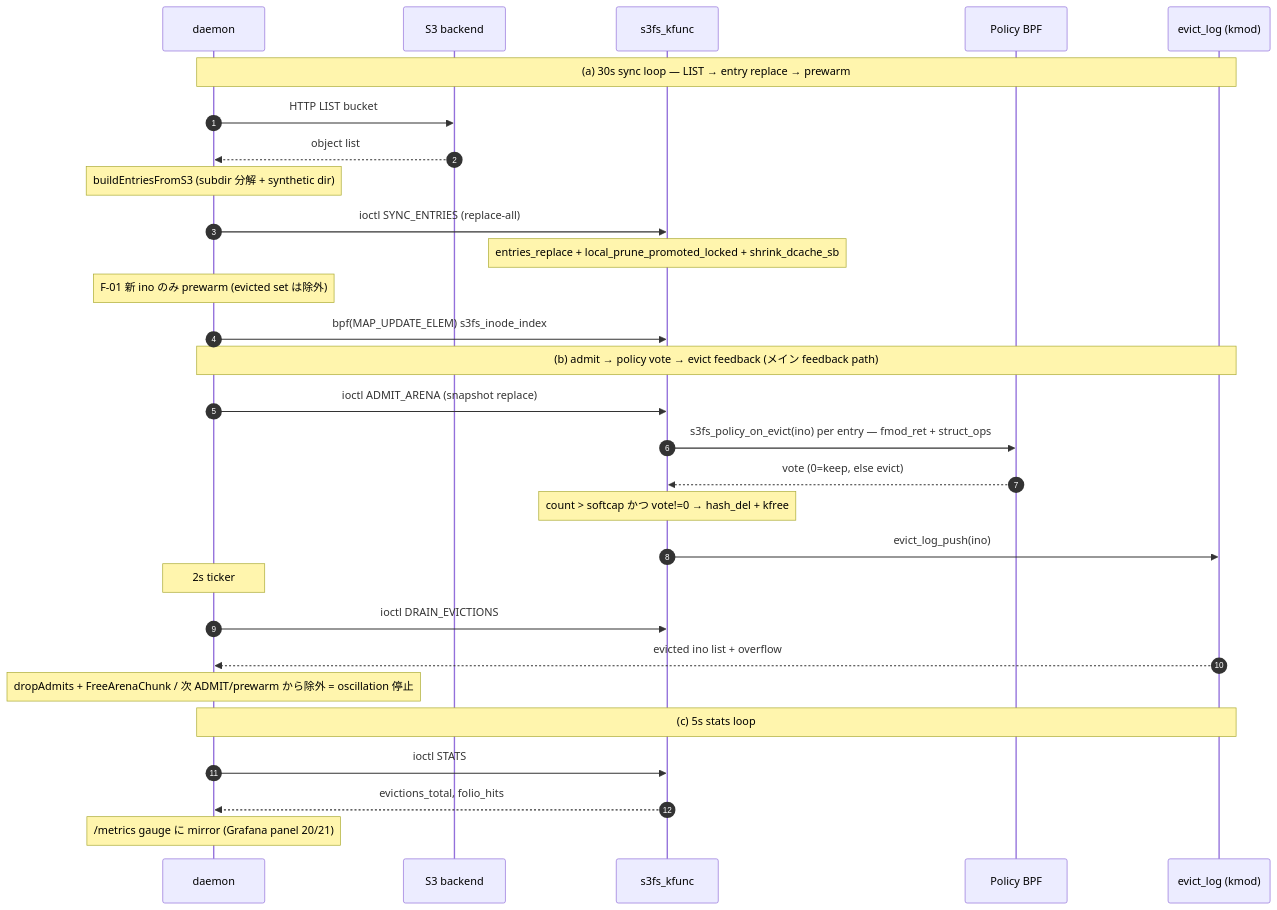
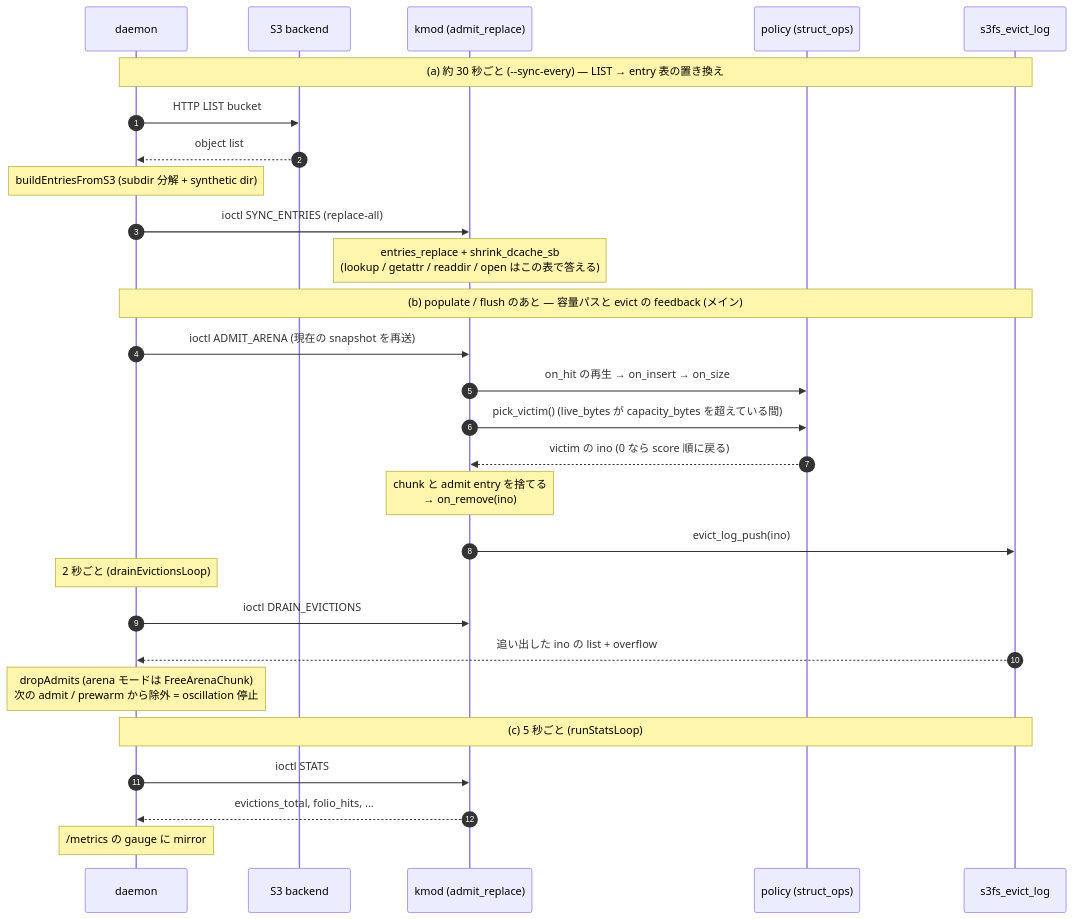
Before and after one commit to masu-mi/s3fs-ebpf: the fifth of 5 diagrams in docs/design/component-communication.md, drawn with Mermaid. The commit also changed other lines of this file, not shown here.

Commit message:
docs: align component-communication (read miss, flush, evict feedback) with the current pcache-mode code

````diff
--- a/docs/design/component-communication.md
+++ b/docs/design/component-communication.md
@@ -339,34 +356,33 @@
 ```mermaid
 sequenceDiagram
     autonumber
     participant Daemon as daemon
     participant S3 as S3 backend
-    participant Kmod as s3fs_kfunc
-    participant Pol as Policy BPF
-    participant Log as evict_log (kmod)
+    participant Kmod as kmod (admit_replace)
+    participant Pol as policy (struct_ops)
+    participant Log as s3fs_evict_log
 
-    Note over Daemon,Log: (a) 30s sync loop — LIST → entry replace → prewarm
+    Note over Daemon,Log: (a) 約 30 秒ごと (--sync-every) — LIST → entry 表の置き換え
     Daemon->>S3: HTTP LIST bucket
     S3-->>Daemon: object list
     Note over Daemon: buildEntriesFromS3 (subdir 分解 + synthetic dir)
     Daemon->>Kmod: ioctl SYNC_ENTRIES (replace-all)
-    Note over Kmod: entries_replace + local_prune_promoted_locked + shrink_dcache_sb
-    Note over Daemon: F-01 新 ino のみ prewarm (evicted set は除外)
-    Daemon->>Kmod: bpf(MAP_UPDATE_ELEM) s3fs_inode_index
+    Note over Kmod: entries_replace + shrink_dcache_sb<br/>(lookup / getattr / readdir / open はこの表で答える)
 
-    Note over Daemon,Log: (b) admit → policy vote → evict feedback (メイン feedback path)
-    Daemon->>Kmod: ioctl ADMIT_ARENA (snapshot replace)
-    Kmod->>Pol: s3fs_policy_on_evict(ino) per entry — fmod_ret + struct_ops
-    Pol-->>Kmod: vote (0=keep, else evict)
-    Note over Kmod: count > softcap かつ vote!=0 → hash_del + kfree
+    Note over Daemon,Log: (b) populate / flush のあと — 容量パスと evict の feedback (メイン)
+    Daemon->>Kmod: ioctl ADMIT_ARENA (現在の snapshot を再送)
+    Kmod->>Pol: on_hit の再生 → on_insert → on_size
+    Kmod->>Pol: pick_victim() (live_bytes が capacity_bytes を超えている間)
+    Pol-->>Kmod: victim の ino (0 なら score 順に戻る)
+    Note over Kmod: chunk と admit entry を捨てる<br/>→ on_remove(ino)
     Kmod->>Log: evict_log_push(ino)
-    Note over Daemon: 2s ticker
+    Note over Daemon: 2 秒ごと (drainEvictionsLoop)
     Daemon->>Kmod: ioctl DRAIN_EVICTIONS
-    Log-->>Daemon: evicted ino list + overflow
-    Note over Daemon: dropAdmits + FreeArenaChunk / 次 ADMIT/prewarm から除外 = oscillation 停止
+    Log-->>Daemon: 追い出した ino の list + overflow
+    Note over Daemon: dropAdmits (arena モードは FreeArenaChunk)<br/>次の admit / prewarm から除外 = oscillation 停止
 
-    Note over Daemon,Log: (c) 5s stats loop
+    Note over Daemon,Log: (c) 5 秒ごと (runStatsLoop)
     Daemon->>Kmod: ioctl STATS
-    Kmod-->>Daemon: evictions_total, folio_hits
-    Note over Daemon: /metrics gauge に mirror (Grafana panel 20/21)
+    Kmod-->>Daemon: evictions_total, folio_hits, ...
+    Note over Daemon: /metrics の gauge に mirror
 ```
````
